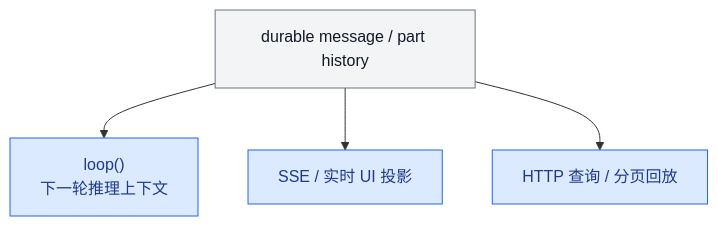
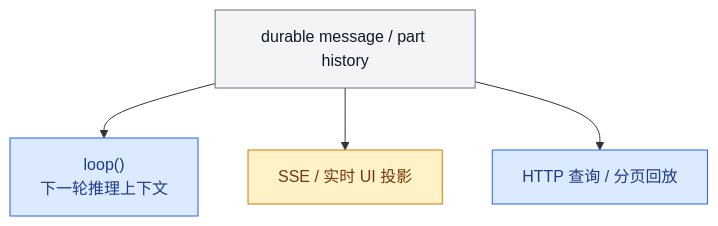
One commit to feuyeux/agent-study changed diagram 22 of 22 in opencode_kickoff/A07-durable-state.md. Above: the diagram before and after it, drawn with Mermaid. The commit also changed other lines of this file, not shown here.

Commit message:
docs(opencode_kickoff): unify A07 diagram colors

````diff
--- a/opencode_kickoff/A07-durable-state.md
+++ b/opencode_kickoff/A07-durable-state.md
@@ -915,17 +905,19 @@
 ```mermaid
 flowchart TD
     Durable["durable message / part history"]
     Loop["loop()<br/>下一轮推理上下文"]
     SSE["SSE / 实时 UI 投影"]
     HTTP["HTTP 查询 / 分页回放"]
 
     Durable --> Loop
     Durable --> SSE
     Durable --> HTTP
 
     classDef consumer fill:#DBEAFE,stroke:#2563EB,color:#1E3A8A;
+    classDef bridge fill:#FEF3C7,stroke:#D97706,color:#78350F;
     classDef storage fill:#F3F4F6,stroke:#6B7280,color:#111827;
 
-    class Loop,SSE,HTTP consumer;
+    class Loop,HTTP consumer;
+    class SSE bridge;
     class Durable storage;
 ```
````
